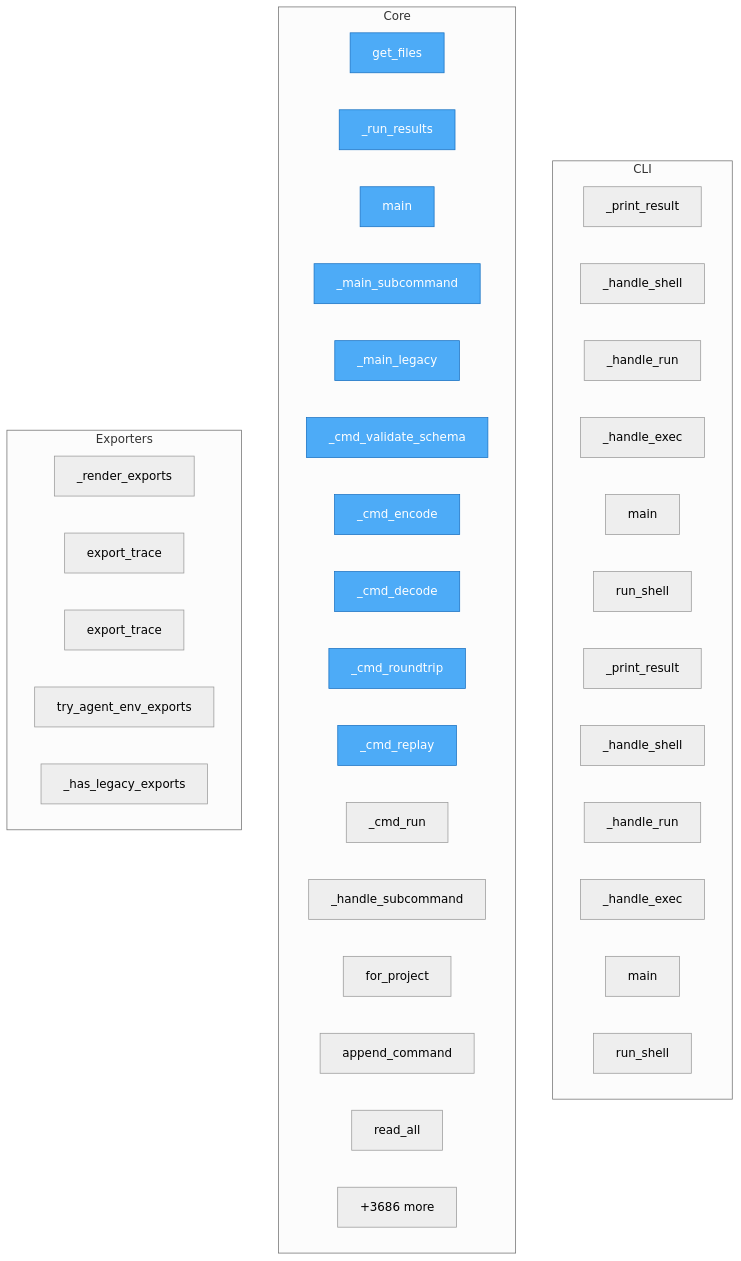
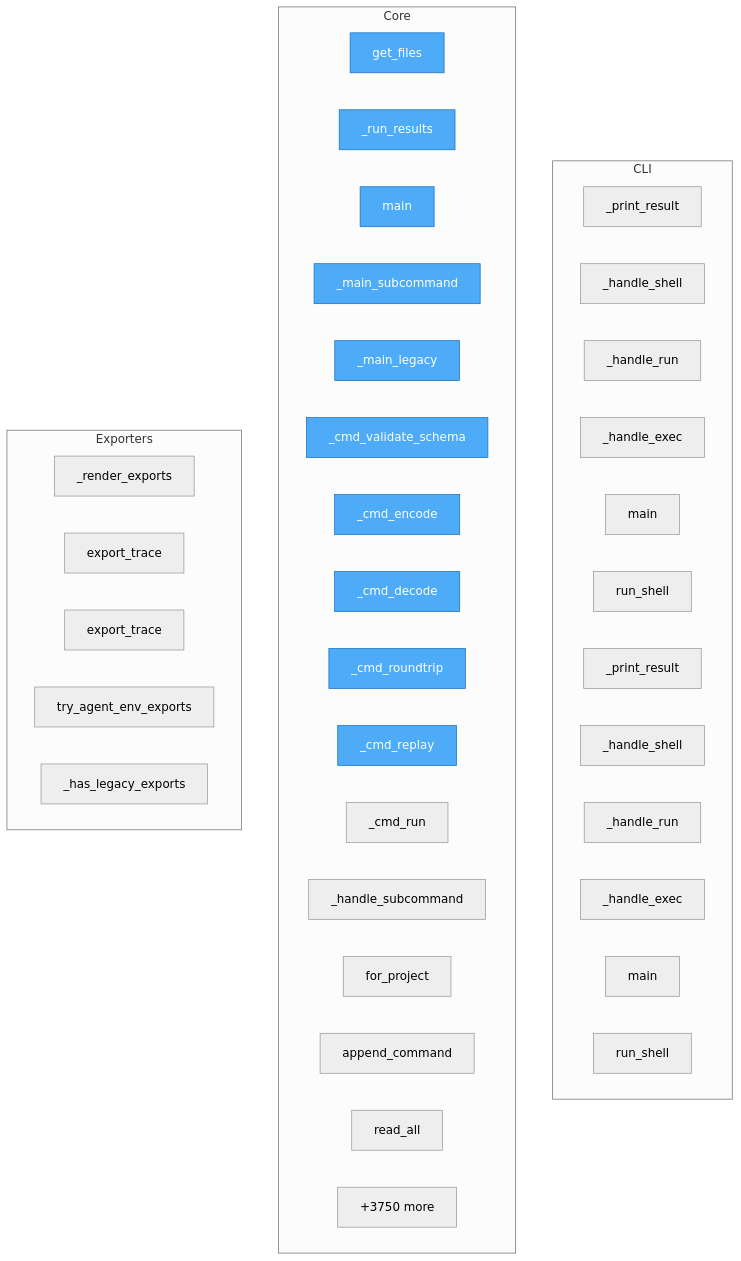
One commit to semcod/koru changed the diagram in project/flow.mmd. Above: the diagram before and after it, drawn with Mermaid (neutral theme). The commit also changed 24 other files, not shown here.

```diff
--- a/project/flow.mmd
+++ b/project/flow.mmd
@@ -1,49 +1,49 @@
 flowchart TD
-%% generated in 1.33s
+%% generated in 0.97s
 
     %% Entry points (blue)
     classDef entry fill:#4dabf7,stroke:#1971c2,color:#fff
 
     subgraph CLI
         packages__cli2koru__src__cli2koru__cli___print_result["_print_result"]
         packages__cli2koru__src__cli2koru__cli___handle_shell["_handle_shell"]
         packages__cli2koru__src__cli2koru__cli___handle_run["_handle_run"]
         packages__cli2koru__src__cli2koru__cli___handle_exec["_handle_exec"]
         packages__cli2koru__src__cli2koru__cli__main["main"]
         packages__cli2koru__src__cli2koru__shell__run_shell["run_shell"]
         packages__cli2coru__src__cli2coru__cli___print_result["_print_result"]
         packages__cli2coru__src__cli2coru__cli___handle_shell["_handle_shell"]
         packages__cli2coru__src__cli2coru__cli___handle_run["_handle_run"]
         packages__cli2coru__src__cli2coru__cli___handle_exec["_handle_exec"]
         packages__cli2coru__src__cli2coru__cli__main["main"]
         packages__cli2coru__src__cli2coru__shell__run_shell["run_shell"]
     end
 
     subgraph Core
         check_dups__get_files["get_files"]
         packages__dsl2koru__src__dsl2koru__cli___run_results["_run_results"]
         packages__dsl2koru__src__dsl2koru__cli__main["main"]
         packages__dsl2koru__src__dsl2koru__cli___main_subcommand["_main_subcommand"]
         packages__dsl2koru__src__dsl2koru__cli___main_legacy["_main_legacy"]
         packages__dsl2koru__src__dsl2koru__cli___cmd_validate_schema["_cmd_validate_schema"]
         packages__dsl2koru__src__dsl2koru__cli___cmd_encode["_cmd_encode"]
         packages__dsl2koru__src__dsl2koru__cli___cmd_decode["_cmd_decode"]
         packages__dsl2koru__src__dsl2koru__cli___cmd_roundtrip["_cmd_roundtrip"]
         packages__dsl2koru__src__dsl2koru__cli___cmd_replay["_cmd_replay"]
         packages__dsl2koru__src__dsl2koru__cli___cmd_run["_cmd_run"]
         packages__dsl2koru__src__dsl2koru__cli___handle_subcommand["_handle_subcommand"]
         packages__dsl2koru__src__dsl2koru__events__EventStore__for_project["for_project"]
         packages__dsl2koru__src__dsl2koru__events__EventStore__append_command["append_command"]
         packages__dsl2koru__src__dsl2koru__events__EventStore__read_all["read_all"]
-        ...["+3686 more"]
+        ...["+3750 more"]
     end
 
     subgraph Exporters
         packages__koruenv__src__koruenv__cli___render_exports["_render_exports"]
         packages__nlpshim__src__nlpshim__conversation_client__ConversationTestClient__export_trace["export_trace"]
         packages__nlpshim__src__nlpshim__conversation_test_api__export_trace["export_trace"]
         src__koru__agent_cli_helpers__try_agent_env_exports["try_agent_env_exports"]
         src__koru__cli___has_legacy_exports["_has_legacy_exports"]
     end
 
     class check_dups__get_files,packages__dsl2koru__src__dsl2koru__cli___run_results,packages__dsl2koru__src__dsl2koru__cli__main,packages__dsl2koru__src__dsl2koru__cli___main_subcommand,packages__dsl2koru__src__dsl2koru__cli___main_legacy,packages__dsl2koru__src__dsl2koru__cli___cmd_validate_schema,packages__dsl2koru__src__dsl2koru__cli___cmd_encode,packages__dsl2koru__src__dsl2koru__cli___cmd_decode,packages__dsl2koru__src__dsl2koru__cli___cmd_roundtrip,packages__dsl2koru__src__dsl2koru__cli___cmd_replay entry
```
